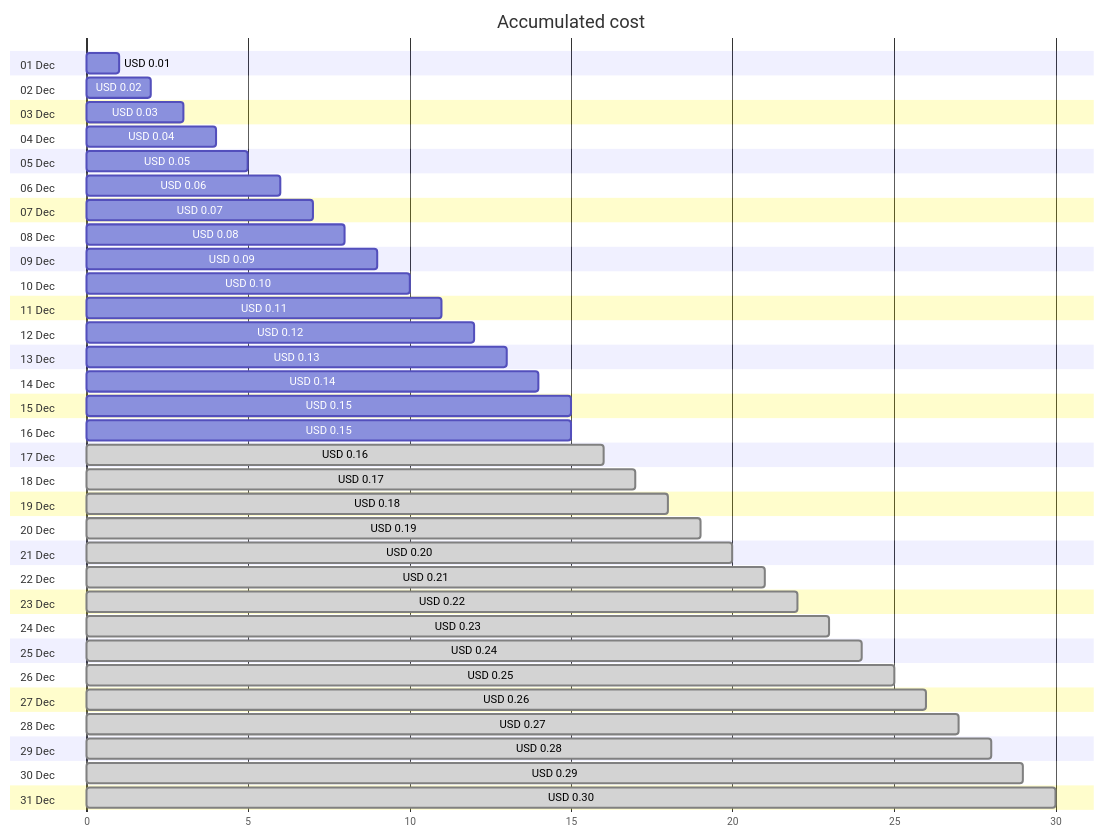
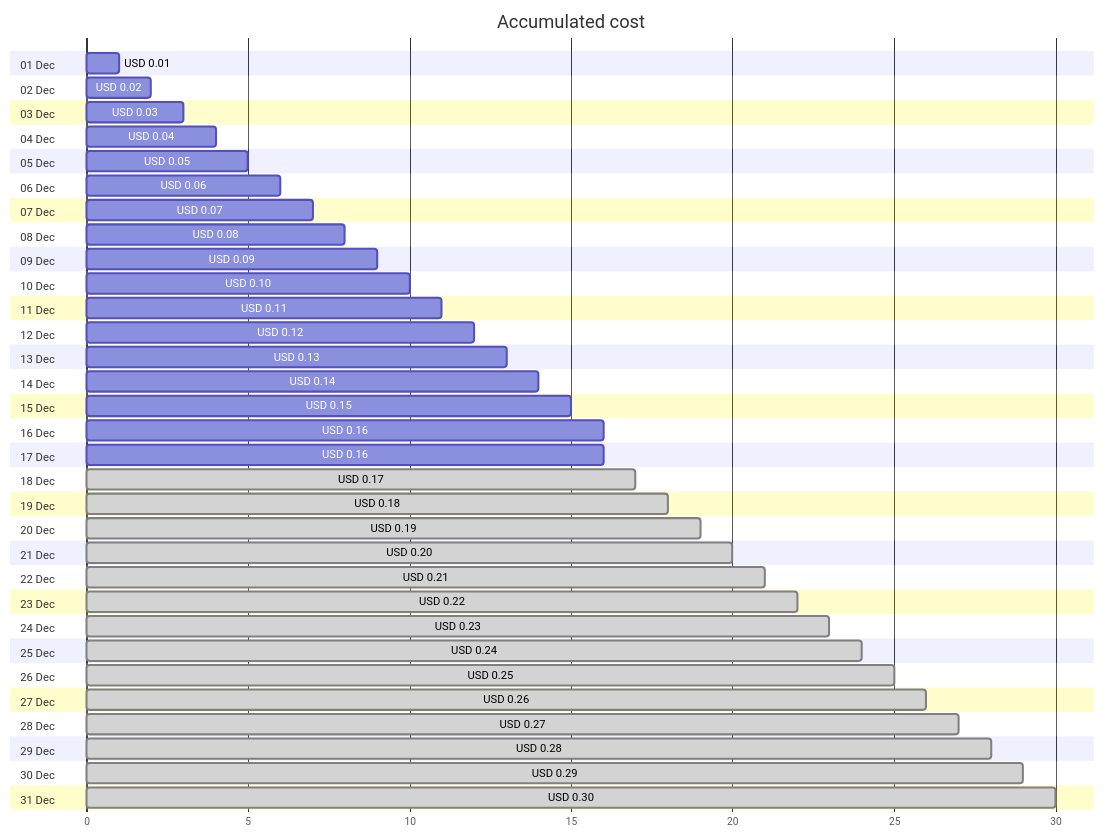
The first of 4 diagrams in cost-reports/cloud-shell-storage-eastus/cs2100300008c8d894b.md (jpfulton/azure-personal-reports), drawn with Mermaid before and after one commit. The commit also changed other lines of this file and 1 other file, not shown here.

````diff
--- a/cost-reports/cloud-shell-storage-eastus/cs2100300008c8d894b.md
+++ b/cost-reports/cloud-shell-storage-eastus/cs2100300008c8d894b.md
@@ -20,68 +20,68 @@
 ```mermaid
 gantt
    title Accumulated cost
    dateFormat  X
    axisFormat %s
    section 01 Dec
    USD 0.01 :0, 1
    section 02 Dec
    USD 0.02 :0, 2
    section 03 Dec
    USD 0.03 :0, 3
    section 04 Dec
    USD 0.04 :0, 4
    section 05 Dec
    USD 0.05 :0, 5
    section 06 Dec
    USD 0.06 :0, 6
    section 07 Dec
    USD 0.07 :0, 7
    section 08 Dec
    USD 0.08 :0, 8
    section 09 Dec
    USD 0.09 :0, 9
    section 10 Dec
    USD 0.10 :0, 10
    section 11 Dec
    USD 0.11 :0, 11
    section 12 Dec
    USD 0.12 :0, 12
    section 13 Dec
    USD 0.13 :0, 13
    section 14 Dec
    USD 0.14 :0, 14
    section 15 Dec
    USD 0.15 :0, 15
    section 16 Dec
-   USD 0.15 :0, 15
+   USD 0.16 :0, 16
    section 17 Dec
-   USD 0.16 : done, 0, 16
+   USD 0.16 :0, 16
    section 18 Dec
    USD 0.17 : done, 0, 17
    section 19 Dec
    USD 0.18 : done, 0, 18
    section 20 Dec
    USD 0.19 : done, 0, 19
    section 21 Dec
    USD 0.20 : done, 0, 20
    section 22 Dec
    USD 0.21 : done, 0, 21
    section 23 Dec
    USD 0.22 : done, 0, 22
    section 24 Dec
    USD 0.23 : done, 0, 23
    section 25 Dec
    USD 0.24 : done, 0, 24
    section 26 Dec
    USD 0.25 : done, 0, 25
    section 27 Dec
    USD 0.26 : done, 0, 26
    section 28 Dec
    USD 0.27 : done, 0, 27
    section 29 Dec
    USD 0.28 : done, 0, 28
    section 30 Dec
    USD 0.29 : done, 0, 29
    section 31 Dec
    USD 0.30 : done, 0, 30
 ```
````
